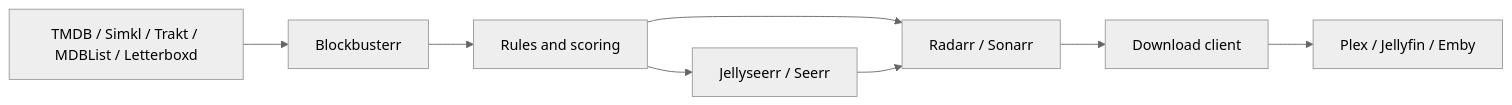
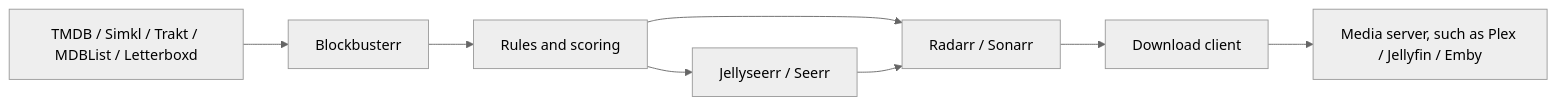
One commit to Mahcks/blockbusterr changed the diagram in README.md. Above: the diagram before and after it, drawn with Mermaid (neutral theme). The commit also changed other lines of this file, not shown here.

Commit message:
fix(docs): clarify media server references and delivery boundaries

````diff
--- a/README.md
+++ b/README.md
@@ -21,10 +21,10 @@
 ```mermaid
 flowchart LR
     A[TMDB / Simkl / Trakt / MDBList / Letterboxd] --> B[Blockbusterr]
     B --> C[Rules and scoring]
     C --> D[Radarr / Sonarr]
     C --> E[Jellyseerr / Seerr]
     E --> D
     D --> F[Download client]
-    F --> G[Plex / Jellyfin / Emby]
+    F --> G[Media server, such as Plex / Jellyfin / Emby]
 ```
````
